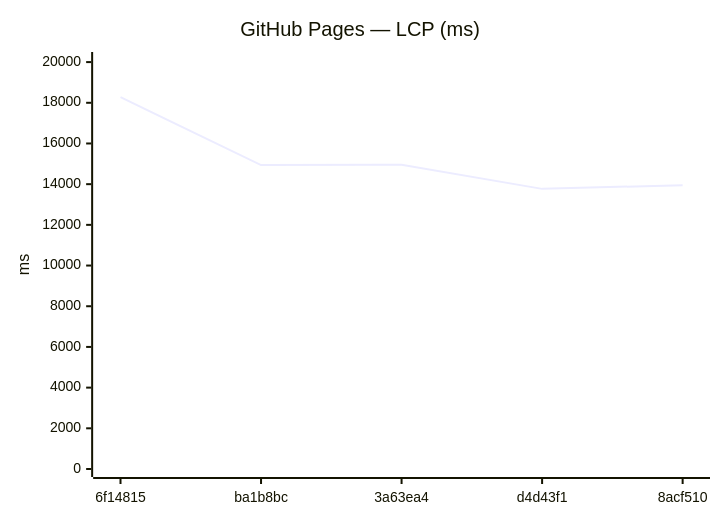
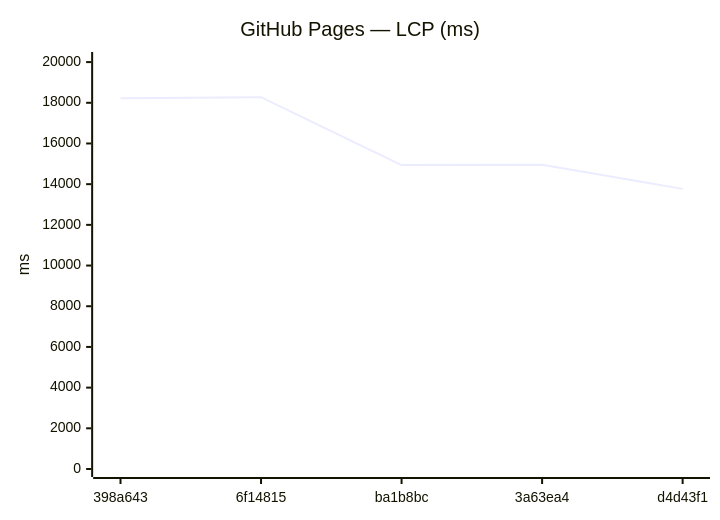
One commit to Metaheurist/Rianell changed the ninth of 18 diagrams in benchmarks/compare.md. Above: the diagram before and after it, drawn with Mermaid. The commit also changed other lines of this file and 11 other files, not shown here.

````diff
--- a/benchmarks/compare.md
+++ b/benchmarks/compare.md
@@ -142,7 +142,7 @@
 ```mermaid
 xychart-beta
     title "GitHub Pages — LCP (ms)"
-    x-axis ["6f14815", "ba1b8bc", "3a63ea4", "d4d43f1", "8acf510"]
+    x-axis ["398a643", "6f14815", "ba1b8bc", "3a63ea4", "d4d43f1"]
     y-axis "ms" 0 --> 20103
-    line [18275, 14936, 14957, 13769, 13952]
+    line [18222, 18275, 14936, 14957, 13769]
 ```
````
